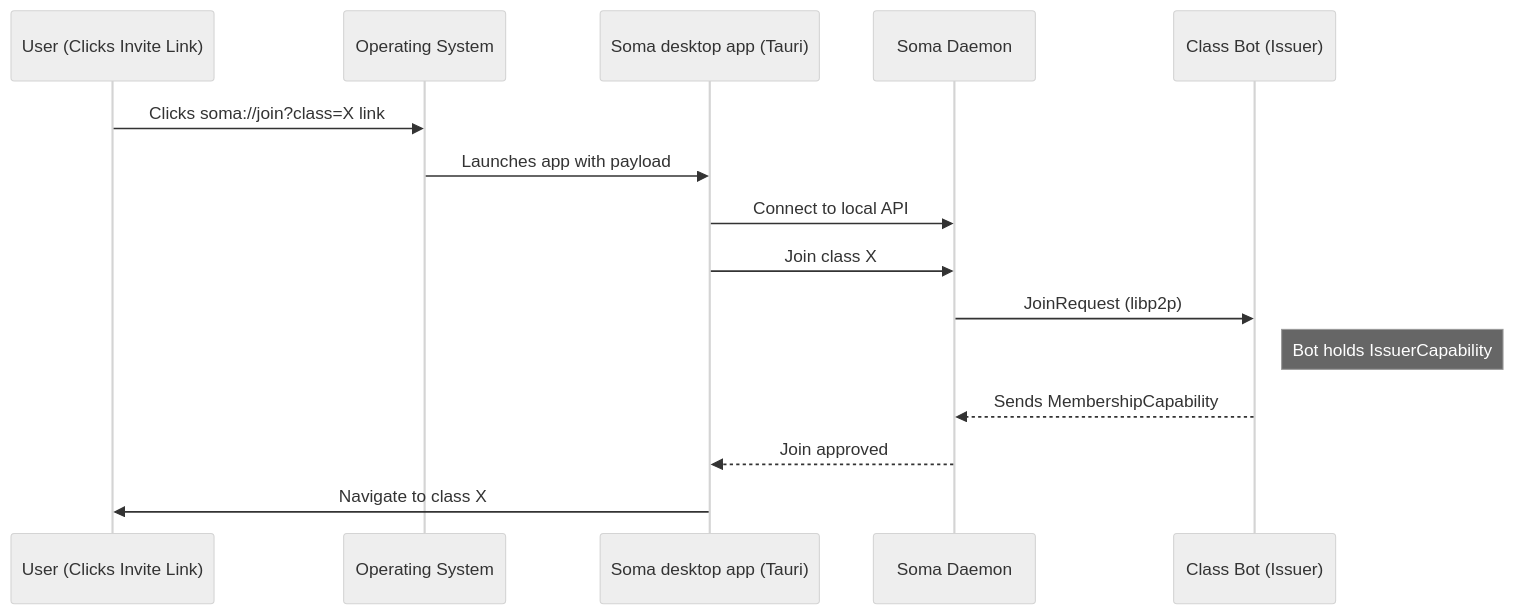
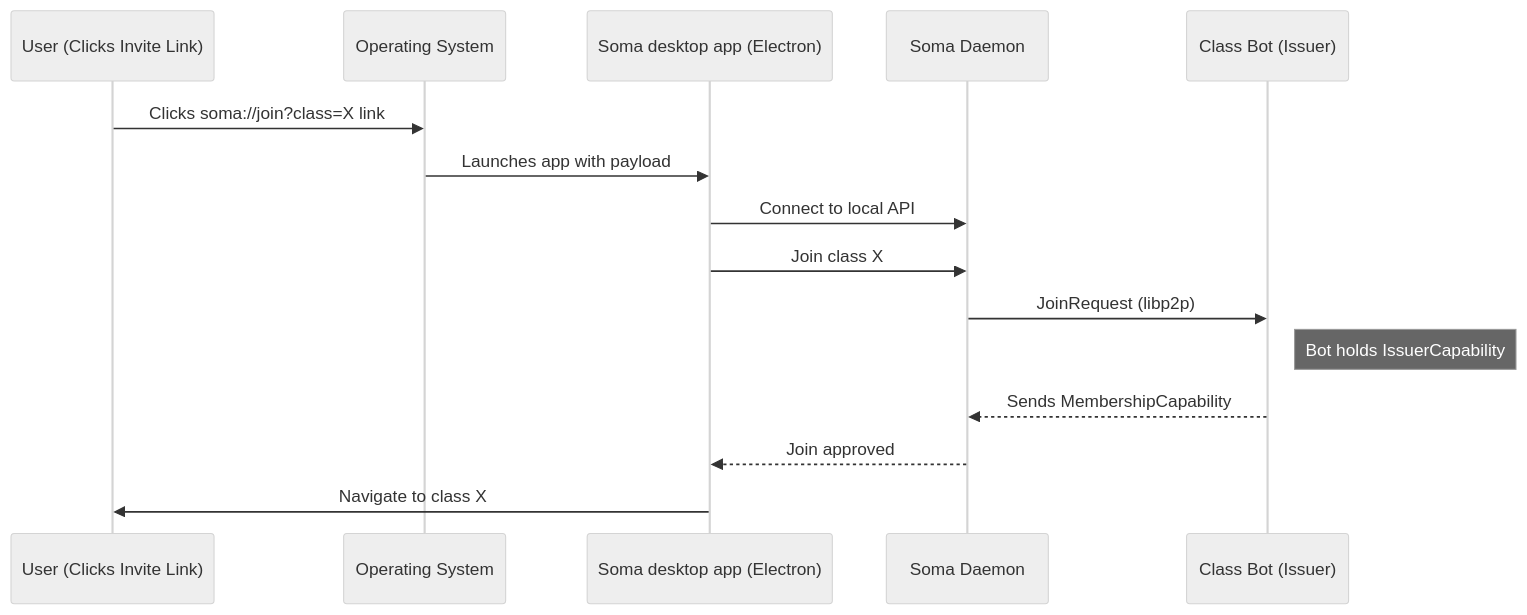
The second of 2 diagrams in docs/src/architecture/soma-tapia.md (stephane-segning/soma), drawn with Mermaid (neutral theme) before and after one commit. The commit also changed other lines of this file and 193 other files, not shown here.

First line of the commit message:
Refactor Soma and Tapia desktop app structure

````diff
--- a/docs/src/architecture/soma-tapia.md
+++ b/docs/src/architecture/soma-tapia.md
@@ -78,17 +77,17 @@
 ```mermaid
 sequenceDiagram
     participant User as User (Clicks Invite Link)
     participant OS as Operating System
-    participant SomaApp as Soma desktop app (Tauri)
+    participant SomaApp as Soma desktop app (Electron)
     participant Daemon as Soma Daemon
     participant Bot as Class Bot (Issuer)
     User ->> OS: Clicks soma://join?class=X link
     OS ->> SomaApp: Launches app with payload
     SomaApp ->> Daemon: Connect to local API
     SomaApp ->> Daemon: Join class X
     Daemon ->> Bot: JoinRequest (libp2p)
     Note right of Bot: Bot holds IssuerCapability
     Bot -->> Daemon: Sends MembershipCapability
     Daemon -->> SomaApp: Join approved
     SomaApp ->> User: Navigate to class X
 ```
````
